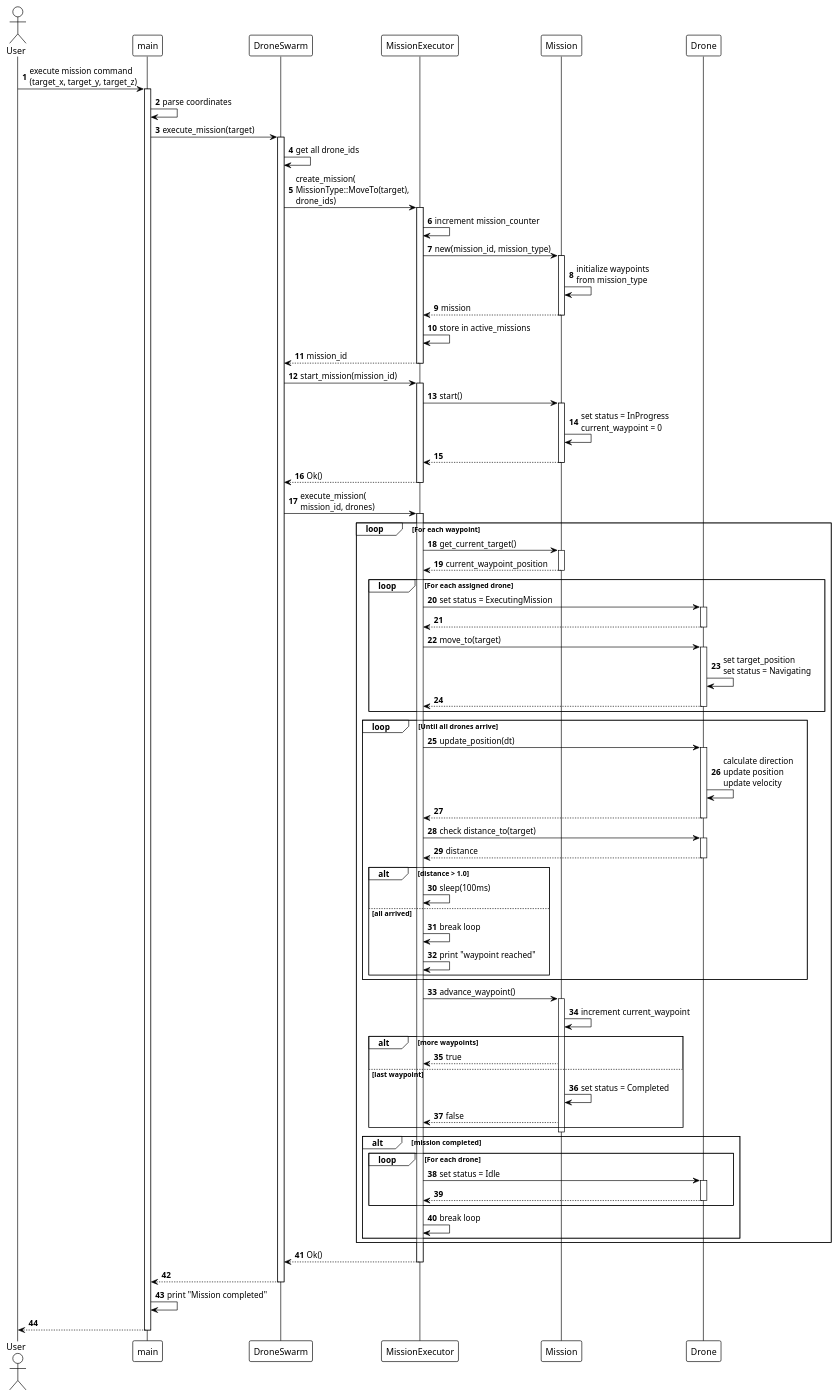
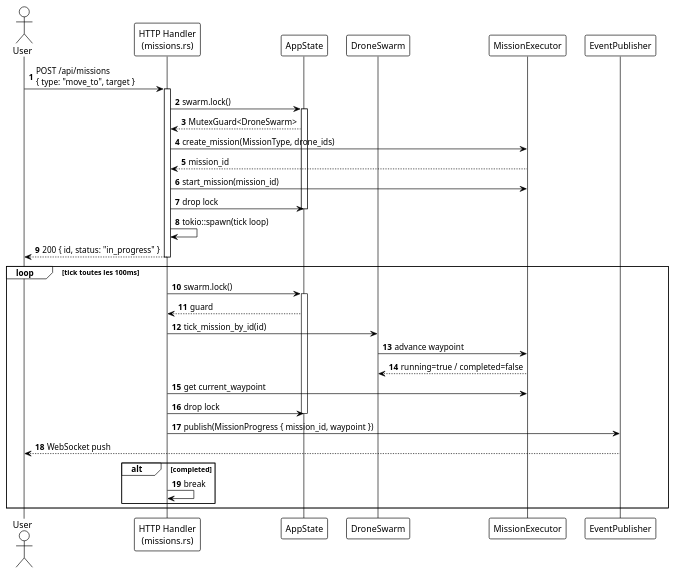
One commit to xwarzee/uav_in_rust changed the fourth of 6 diagrams in doc/software/ARCHITECTURE.md. Above: the diagram before and after it, drawn with PlantUML. The commit also changed other lines of this file and 1 other file, not shown here.

Commit message:
update software architecture document and README

````diff
--- a/doc/software/ARCHITECTURE.md
+++ b/doc/software/ARCHITECTURE.md
@@ -451,118 +475,48 @@
 autonumber
 
 actor User
-participant "main" as Main
+participant "HTTP Handler\n(missions.rs)" as Handler
+participant "AppState" as State
 participant "DroneSwarm" as Swarm
-participant "MissionExecutor" as MissionExec
-participant "Mission" as Mission
-participant "Drone" as Drone
+participant "MissionExecutor" as ME
+participant "EventPublisher" as EP
 
-User -> Main: execute mission command\n(target_x, target_y, target_z)
-activate Main
+User -> Handler: POST /api/missions\n{ type: "move_to", target }
+activate Handler
 
-Main -> Main: parse coordinates
-Main -> Swarm: execute_mission(target)
-activate Swarm
+Handler -> State: swarm.lock()
+activate State
+State --> Handler: MutexGuard<DroneSwarm>
 
-Swarm -> Swarm: get all drone_ids
+Handler -> ME: create_mission(MissionType, drone_ids)
+ME --> Handler: mission_id
 
-Swarm -> MissionExec: create_mission(\nMissionType::MoveTo(target),\ndrone_ids)
-activate MissionExec
+Handler -> ME: start_mission(mission_id)
+Handler -> State: drop lock
+deactivate State
 
-MissionExec -> MissionExec: increment mission_counter
-MissionExec -> Mission: new(mission_id, mission_type)
-activate Mission
-Mission -> Mission: initialize waypoints\nfrom mission_type
-Mission --> MissionExec: mission
-deactivate Mission
+Handler -> Handler: tokio::spawn(tick loop)
+Handler --> User: 200 { id, status: "in_progress" }
+deactivate Handler
 
-MissionExec -> MissionExec: store in active_missions
-MissionExec --> Swarm: mission_id
-deactivate MissionExec
+loop tick toutes les 100ms
+  Handler -> State: swarm.lock()
+  activate State
+  State --> Handler: guard
+  Handler -> Swarm: tick_mission_by_id(id)
+  Swarm -> ME: advance waypoint
+  ME --> Swarm: running=true / completed=false
+  Handler -> ME: get current_waypoint
+  Handler -> State: drop lock
+  deactivate State
 
-Swarm -> MissionExec: start_mission(mission_id)
-activate MissionExec
-MissionExec -> Mission: start()
-activate Mission
-Mission -> Mission: set status = InProgress\ncurrent_waypoint = 0
-Mission --> MissionExec:
-deactivate Mission
-MissionExec --> Swarm: Ok()
-deactivate MissionExec
+  Handler -> EP: publish(MissionProgress { mission_id, waypoint })
+  EP --> User: WebSocket push
 
-Swarm -> MissionExec: execute_mission(\nmission_id, drones)
-activate MissionExec
-
-loop For each waypoint
-  MissionExec -> Mission: get_current_target()
-  activate Mission
-  Mission --> MissionExec: current_waypoint_position
-  deactivate Mission
-
-  loop For each assigned drone
-    MissionExec -> Drone: set status = ExecutingMission
-    activate Drone
-    Drone --> MissionExec:
-    deactivate Drone
-
-    MissionExec -> Drone: move_to(target)
-    activate Drone
-    Drone -> Drone: set target_position\nset status = Navigating
-    Drone --> MissionExec:
-    deactivate Drone
-  end
-
-  loop Until all drones arrive
-    MissionExec -> Drone: update_position(dt)
-    activate Drone
-    Drone -> Drone: calculate direction\nupdate position\nupdate velocity
-    Drone --> MissionExec:
-    deactivate Drone
-
-    MissionExec -> Drone: check distance_to(target)
-    activate Drone
-    Drone --> MissionExec: distance
-    deactivate Drone
-
-    alt distance > 1.0
-      MissionExec -> MissionExec: sleep(100ms)
-    else all arrived
-      MissionExec -> MissionExec: break loop
-      MissionExec -> MissionExec: print "waypoint reached"
-    end
-  end
-
-  MissionExec -> Mission: advance_waypoint()
-  activate Mission
-  Mission -> Mission: increment current_waypoint
-  alt more waypoints
-    Mission --> MissionExec: true
-  else last waypoint
-    Mission -> Mission: set status = Completed
-    Mission --> MissionExec: false
-  end
-  deactivate Mission
-
-  alt mission completed
-    loop For each drone
-      MissionExec -> Drone: set status = Idle
-      activate Drone
-      Drone --> MissionExec:
-      deactivate Drone
-    end
-    MissionExec -> MissionExec: break loop
+  alt completed
+    Handler -> Handler: break
   end
 end
 
-MissionExec --> Swarm: Ok()
-deactivate MissionExec
-
-Swarm --> Main:
-deactivate Swarm
-
-Main -> Main: print "Mission completed"
-Main --> User:
-deactivate Main
-
 @enduml
 ```
````
